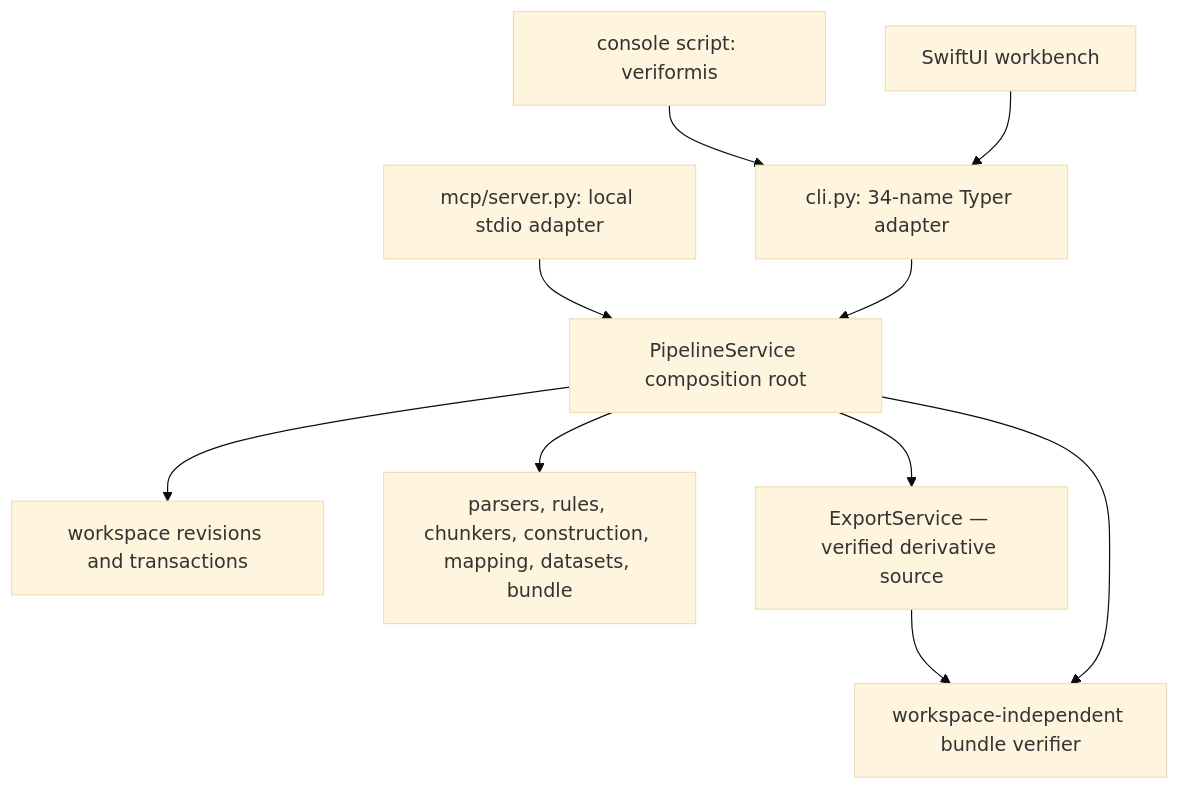
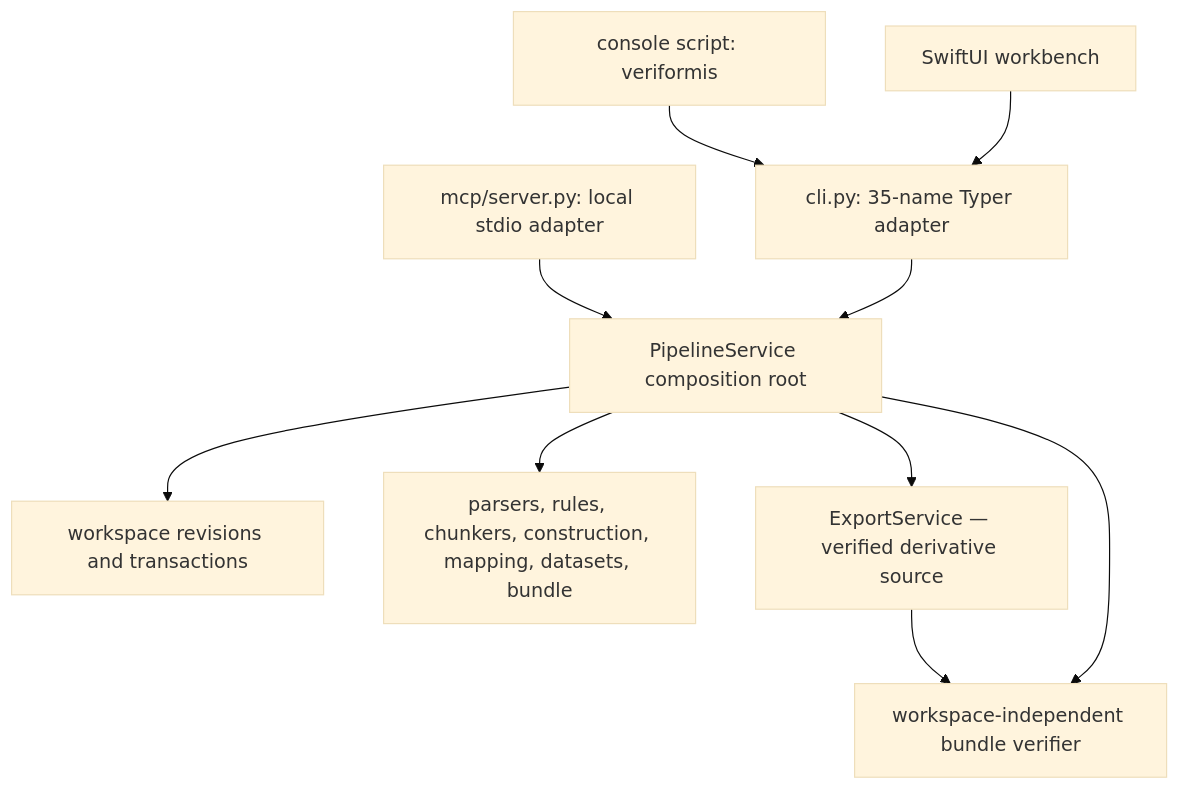
One commit to ogprotege/Veriformis changed the first of 2 diagrams in docs/architecture/entry-points.md. Above: the diagram before and after it, drawn with Mermaid (base theme). The commit also changed other lines of this file and 41 other files, not shown here.

````diff
--- a/docs/architecture/entry-points.md
+++ b/docs/architecture/entry-points.md
@@ -44,12 +44,12 @@
 ```mermaid
 flowchart TD
-    script["console script: veriformis"] --> cli["cli.py: 34-name Typer adapter"]
+    script["console script: veriformis"] --> cli["cli.py: 35-name Typer adapter"]
     mcp["mcp/server.py: local stdio adapter"] --> service["PipelineService composition root"]
     cli --> service
     mac["SwiftUI workbench"] --> cli
     service --> workspace["workspace revisions and transactions"]
     service --> domains["parsers, rules, chunkers, construction, mapping, datasets, bundle"]
     service --> exports["ExportService — verified derivative source"]
     exports --> verifier
     service --> verifier["workspace-independent bundle verifier"]
 ```
````
